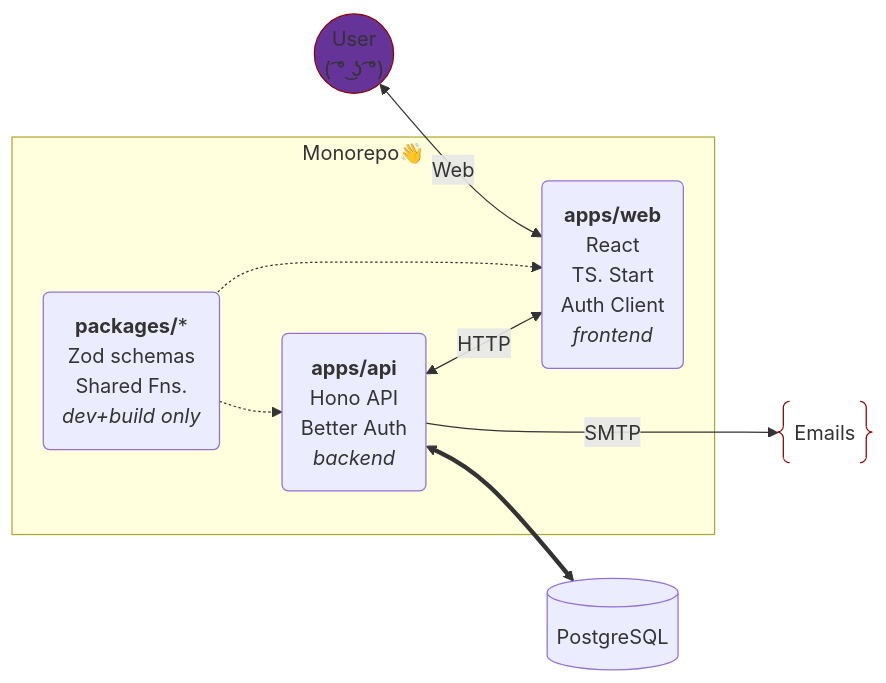
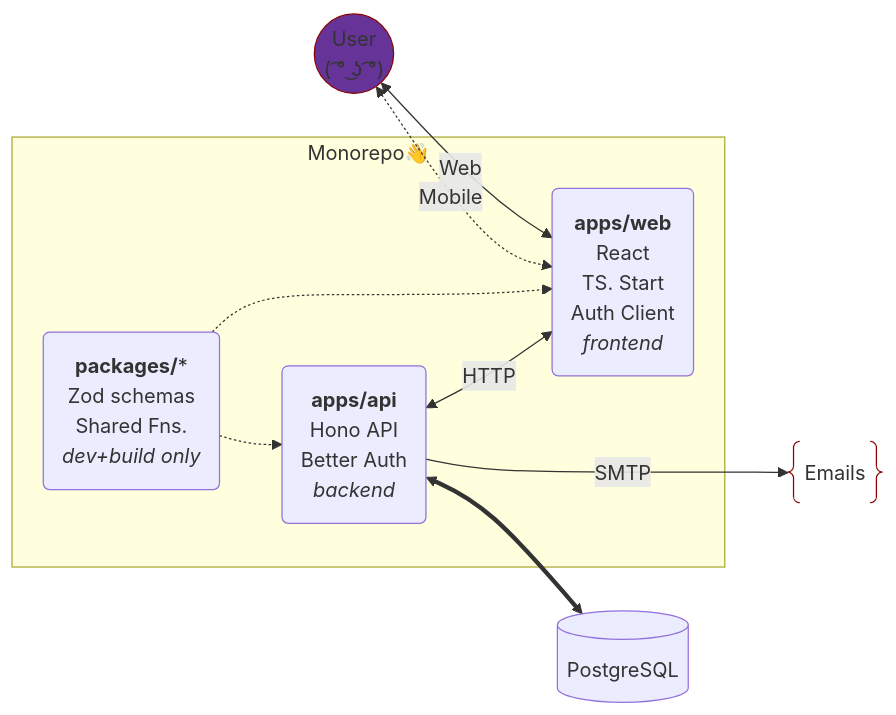
One commit to SubZtep/admin-starter changed the diagram in README.md. Above: the diagram before and after it, drawn with Mermaid. The commit also changed 1 other file, not shown here.

````diff
--- a/README.md
+++ b/README.md
@@ -13,30 +13,31 @@
 ```mermaid
 flowchart LR
   subgraph "Monorepo👋"
   A("`**apps/api**
   Hono API
   Better Auth
   _backend_</small>
   `")
   W("`**apps/web**
   React
   TS. Start
   Auth Client
   _frontend_`")
   S("`**packages/***
   Zod schemas
   Shared Fns.
   _dev+build only_`")
   end
   U@{ shape: circ, label: "User\n( ͡° ͜ʖ ͡°)" }
   D@{ shape: cyl, label: "PostgreSQL" }
   E@{ shape: braces, label: "Emails" }
   U <-->|Web| W
+  U <-.->|Mobile| W
   S -.-> W
   S -.-> A
   A <==> D
   A <-->|HTTP| W
   A -- SMTP ---> E
   style U fill:rebeccapurple,stroke:darkred,stroke-width:1px
   style E fill:black,stroke:darkred,stroke-style:dashed,stroke-width:1px
 ```
````
